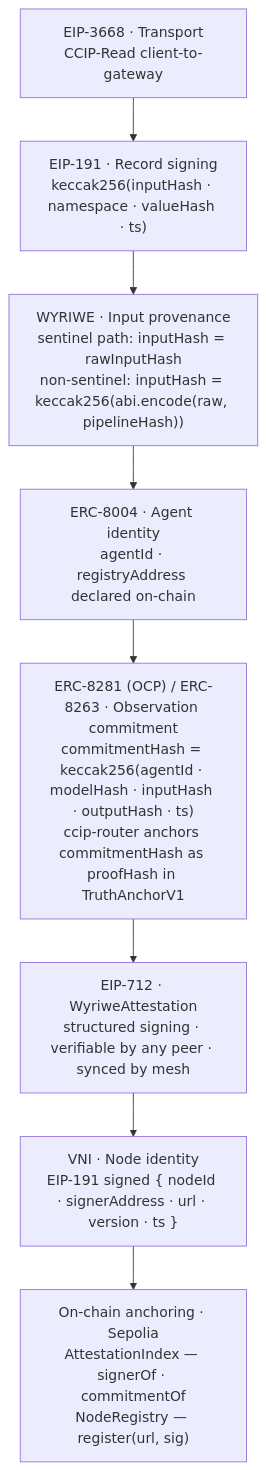
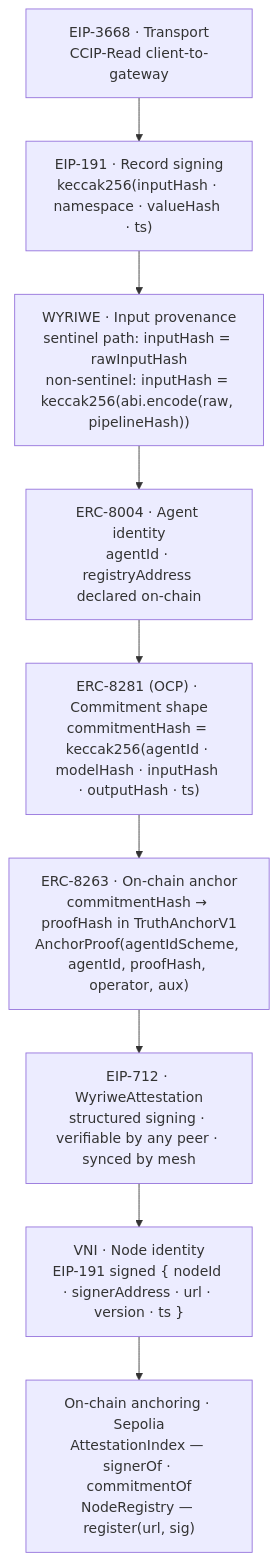
Before and after one commit to trustless-ai/ccip-router: the third of 3 diagrams in README.md, drawn with Mermaid. The commit also changed other lines of this file and 1 other file, not shown here.

First line of the commit message:
chore: bump to 0.5.13, split ERC-8281/ERC-8263 throughout README

````diff
--- a/README.md
+++ b/README.md
@@ -105,13 +105,14 @@
 ```mermaid
 graph TB
     T["EIP-3668 · Transport\nCCIP-Read client-to-gateway"]
     S["EIP-191 · Record signing\nkeccak256(inputHash · namespace · valueHash · ts)"]
     W["WYRIWE · Input provenance\nsentinel path: inputHash = rawInputHash\nnon-sentinel: inputHash = keccak256(abi.encode(raw, pipelineHash))"]
     I["ERC-8004 · Agent identity\nagentId · registryAddress declared on-chain"]
-    O["ERC-8281 (OCP) / ERC-8263 · Observation commitment\ncommitmentHash = keccak256(agentId · modelHash · inputHash · outputHash · ts)\nccip-router anchors commitmentHash as proofHash in TruthAnchorV1"]
+    O["ERC-8281 (OCP) · Commitment shape\ncommitmentHash = keccak256(agentId · modelHash · inputHash · outputHash · ts)"]
+    P["ERC-8263 · On-chain anchor\ncommitmentHash → proofHash in TruthAnchorV1\nAnchorProof(agentIdScheme, agentId, proofHash, operator, aux)"]
     A["EIP-712 · WyriweAttestation\nstructured signing · verifiable by any peer · synced by mesh"]
     V["VNI · Node identity\nEIP-191 signed { nodeId · signerAddress · url · version · ts }"]
     C["On-chain anchoring · Sepolia\nAttestationIndex — signerOf · commitmentOf\nNodeRegistry — register(url, sig)"]
 
-    T --> S --> W --> I --> O --> A --> V --> C
+    T --> S --> W --> I --> O --> P --> A --> V --> C
 ```
````
